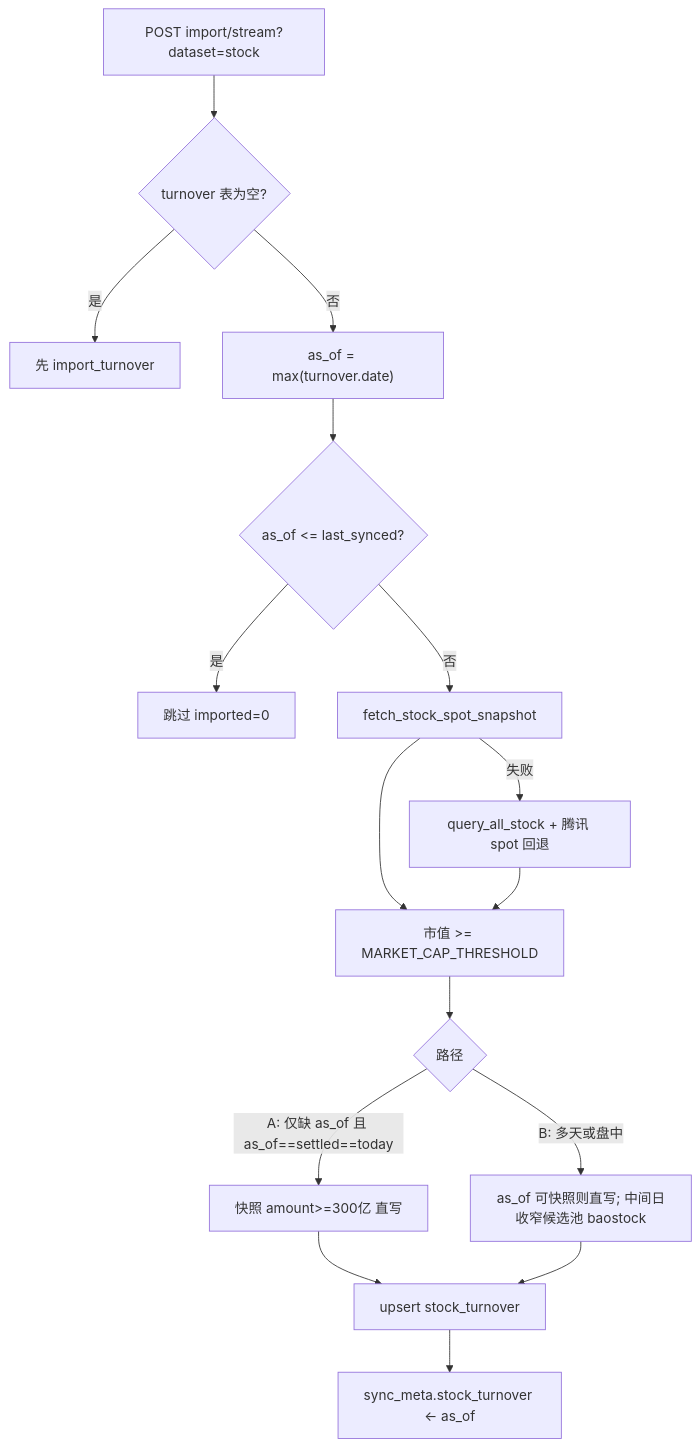
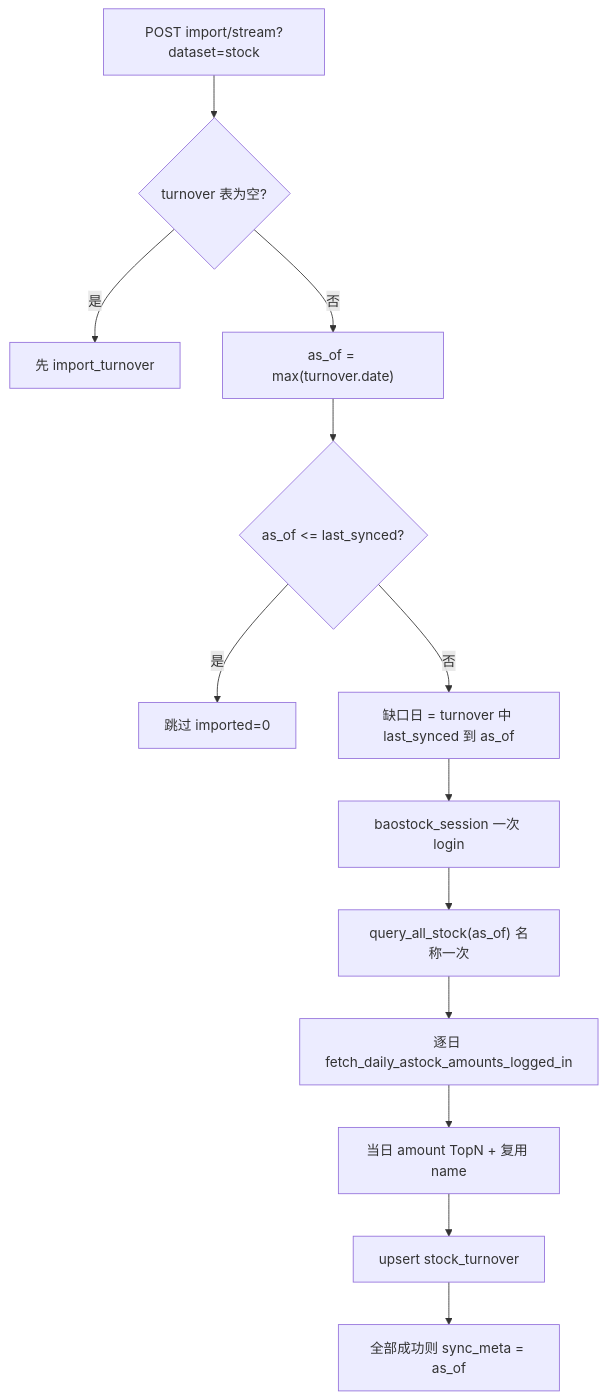
The fourth of 7 diagrams in .agents/skills/astock/references/external-data.md (gunerguner/Astock), drawn with Mermaid before and after one commit. The commit also changed other lines of this file and 29 other files, not shown here.

````diff
--- a/.agents/skills/astock/references/external-data.md
+++ b/.agents/skills/astock/references/external-data.md
@@ -266,18 +269,15 @@
 ```mermaid
 flowchart TD
   A["POST import/stream?dataset=stock"] --> B{turnover 表为空?}
   B -->|是| C["先 import_turnover"]
   B -->|否| D["as_of = max(turnover.date)"]
   D --> E{as_of <= last_synced?}
   E -->|是| Z["跳过 imported=0"]
-  E -->|否| F["fetch_stock_spot_snapshot"]
-  F -->|失败| F2["query_all_stock + 腾讯 spot 回退"]
-  F --> G["市值 >= MARKET_CAP_THRESHOLD"]
-  F2 --> G
-  G --> H{路径}
-  H -->|"A: 仅缺 as_of 且 as_of==settled==today"| I["快照 amount>=300亿 直写"]
-  H -->|"B: 多天或盘中"| J["as_of 可快照则直写; 中间日收窄候选池 baostock"]
-  I --> K["upsert stock_turnover"]
-  J --> K
-  K --> L["sync_meta.stock_turnover ← as_of"]
+  E -->|否| F["缺口日 = turnover 中 last_synced 到 as_of"]
+  F --> G["baostock_session 一次 login"]
+  G --> H["query_all_stock(as_of) 名称一次"]
+  H --> I["逐日 fetch_daily_astock_amounts_logged_in"]
+  I --> J["当日 amount TopN + 复用 name"]
+  J --> K["upsert stock_turnover"]
+  K --> L["全部成功则 sync_meta = as_of"]
 ```
````
